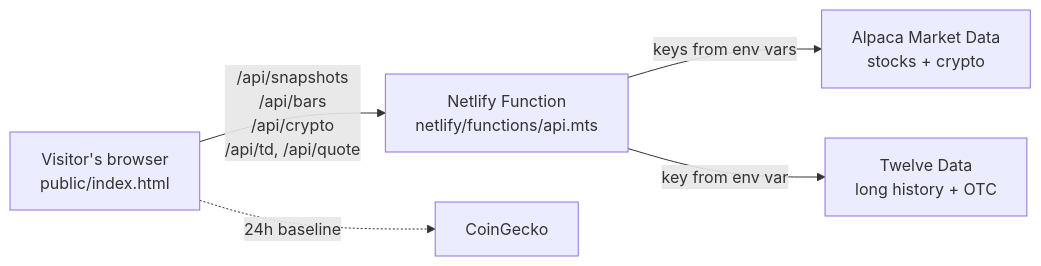
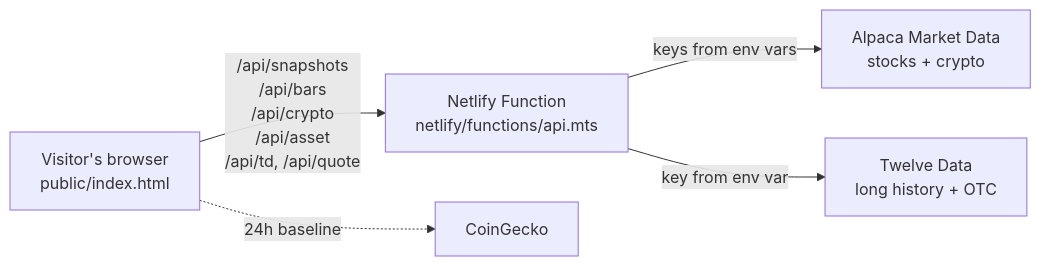
The diagram in README.md (manoharhunt25/STOCK-WATCH), drawn with Mermaid before and after one commit. The commit also changed other lines of this file and 2 other files, not shown here.

````diff
--- a/README.md
+++ b/README.md
@@ -24,7 +25,7 @@
 ```mermaid
 flowchart LR
-    B[Visitor's browser<br/>public/index.html] -->|/api/snapshots<br/>/api/bars<br/>/api/crypto<br/>/api/td, /api/quote| F[Netlify Function<br/>netlify/functions/api.mts]
+    B[Visitor's browser<br/>public/index.html] -->|/api/snapshots<br/>/api/bars<br/>/api/crypto<br/>/api/asset<br/>/api/td, /api/quote| F[Netlify Function<br/>netlify/functions/api.mts]
     F -->|keys from env vars| A[Alpaca Market Data<br/>stocks + crypto]
     F -->|key from env var| T[Twelve Data<br/>long history + OTC]
     B -.->|24h baseline| C[CoinGecko]
 ```
````
